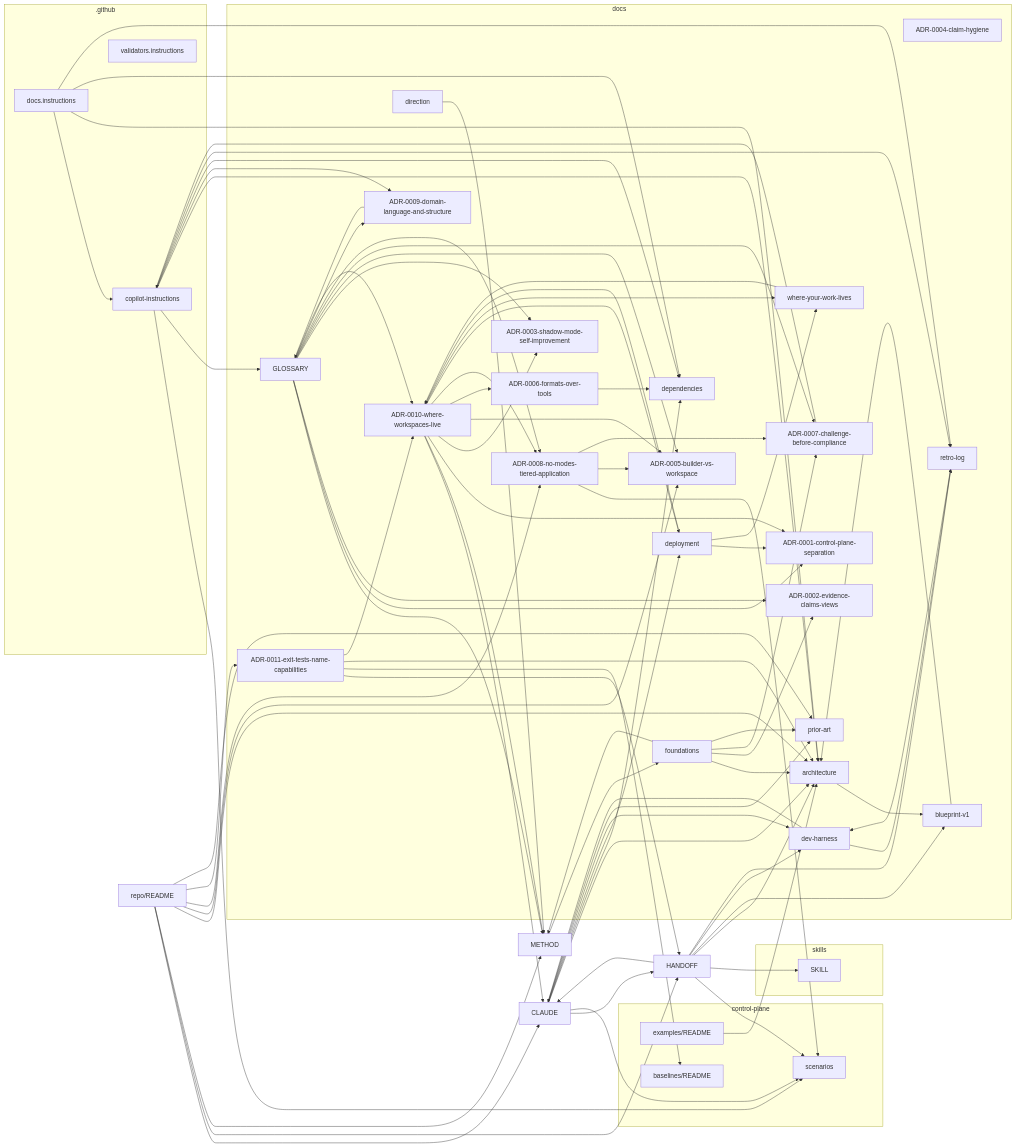
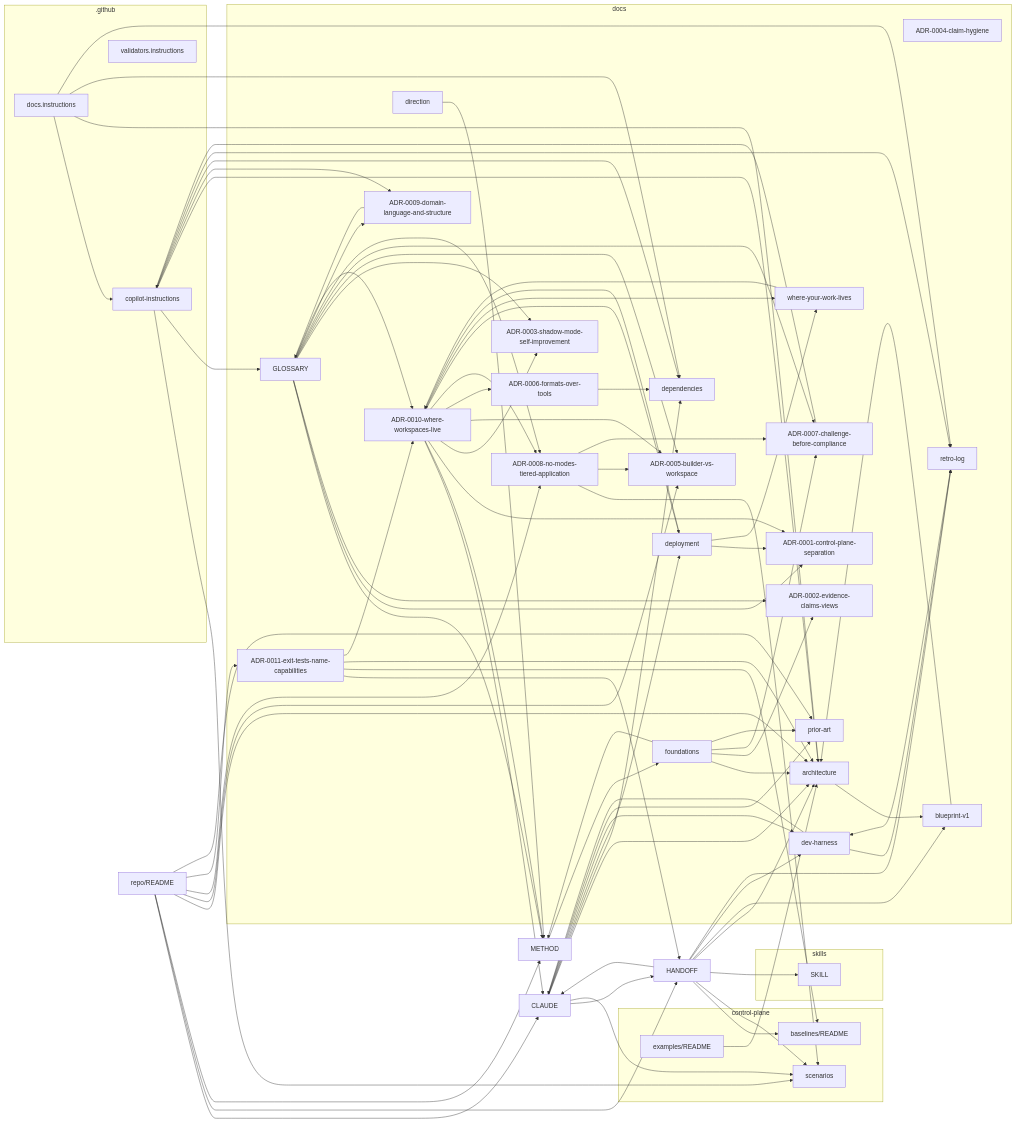
Before and after one commit to boulaajaj/ai-mise: the diagram in docs/mindmap.md, drawn with Mermaid. The commit also changed other lines of this file and 5 other files, not shown here.

```diff
--- a/docs/mindmap.md
+++ b/docs/mindmap.md
@@ -65,6 +65,7 @@
   CLAUDE_md --> docs_meta_dev_harness_md
   CLAUDE_md --> docs_prior_art_md
   HANDOFF_md --> CLAUDE_md
+  HANDOFF_md --> control_plane_evaluation_baselines_README_md
   HANDOFF_md --> control_plane_threat_tests_scenarios_md
   HANDOFF_md --> docs_architecture_md
   HANDOFF_md --> docs_history_blueprint_v1_md
```
